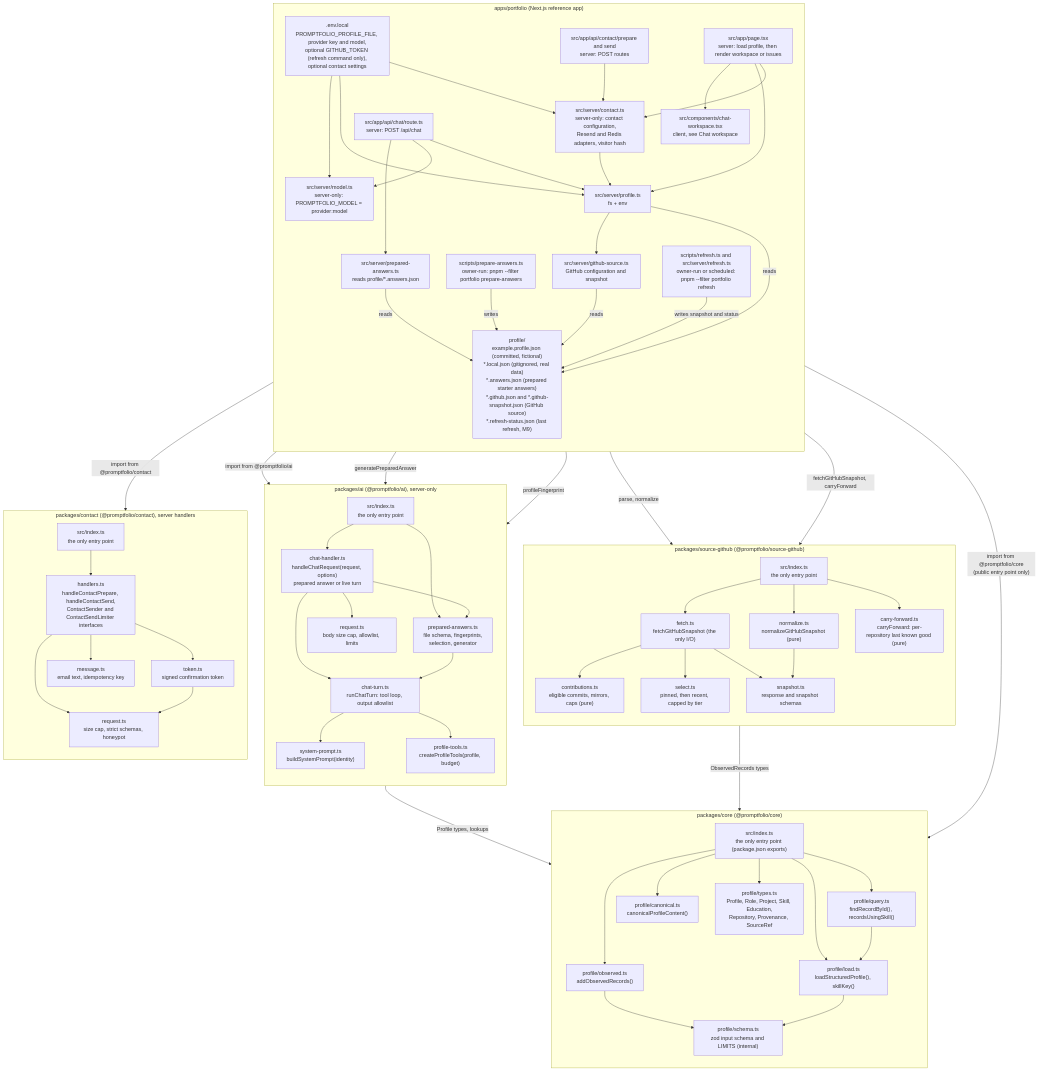
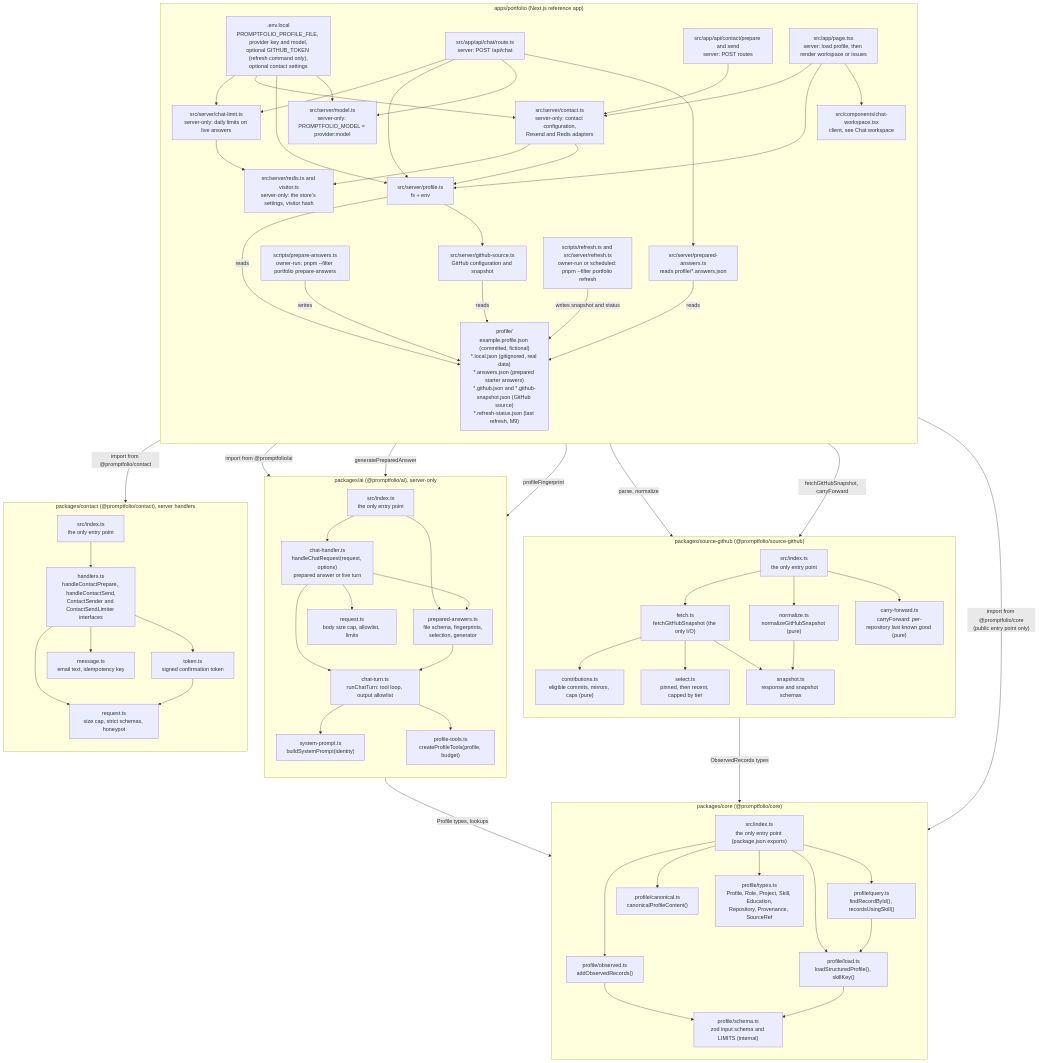
One commit to promptfolios/promptfolio changed the first of 7 diagrams in docs/ARCHITECTURE.md. Above: the diagram before and after it, drawn with Mermaid. The commit also changed other lines of this file and 7 other files, not shown here.

Commit message:
docs: add the M11 plan, ADR 0013, and the chat limit guide

```diff
--- a/docs/ARCHITECTURE.md
+++ b/docs/ARCHITECTURE.md
@@ -20,7 +20,13 @@
         serverModel["src/server/model.ts<br/>server-only: PROMPTFOLIO_MODEL = provider:model"]
         serverAnswers["src/server/prepared-answers.ts<br/>reads profile/*.answers.json"]
         contactRoutes["src/app/api/contact/prepare and send<br/>server: POST routes"]
-        serverContact["src/server/contact.ts<br/>server-only: contact configuration,<br/>Resend and Redis adapters, visitor hash"]
+        serverContact["src/server/contact.ts<br/>server-only: contact configuration,<br/>Resend and Redis adapters"]
+        serverChatLimit["src/server/chat-limit.ts<br/>server-only: daily limits on live answers"]
+        serverShared["src/server/redis.ts and visitor.ts<br/>server-only: the store's settings, visitor hash"]
+        route --> serverChatLimit
+        env --> serverChatLimit
+        serverChatLimit --> serverShared
+        serverContact --> serverShared
         contactRoutes --> serverContact
         env --> serverContact
         serverContact --> serverProfile
```
